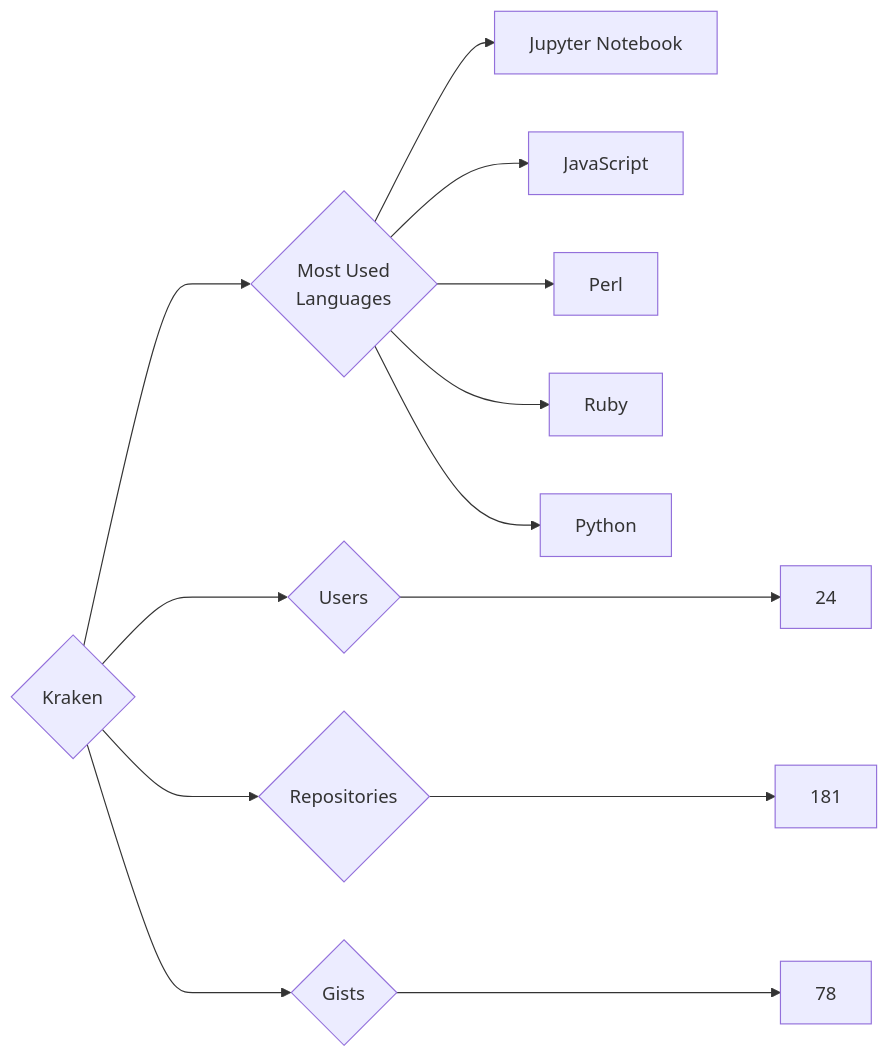
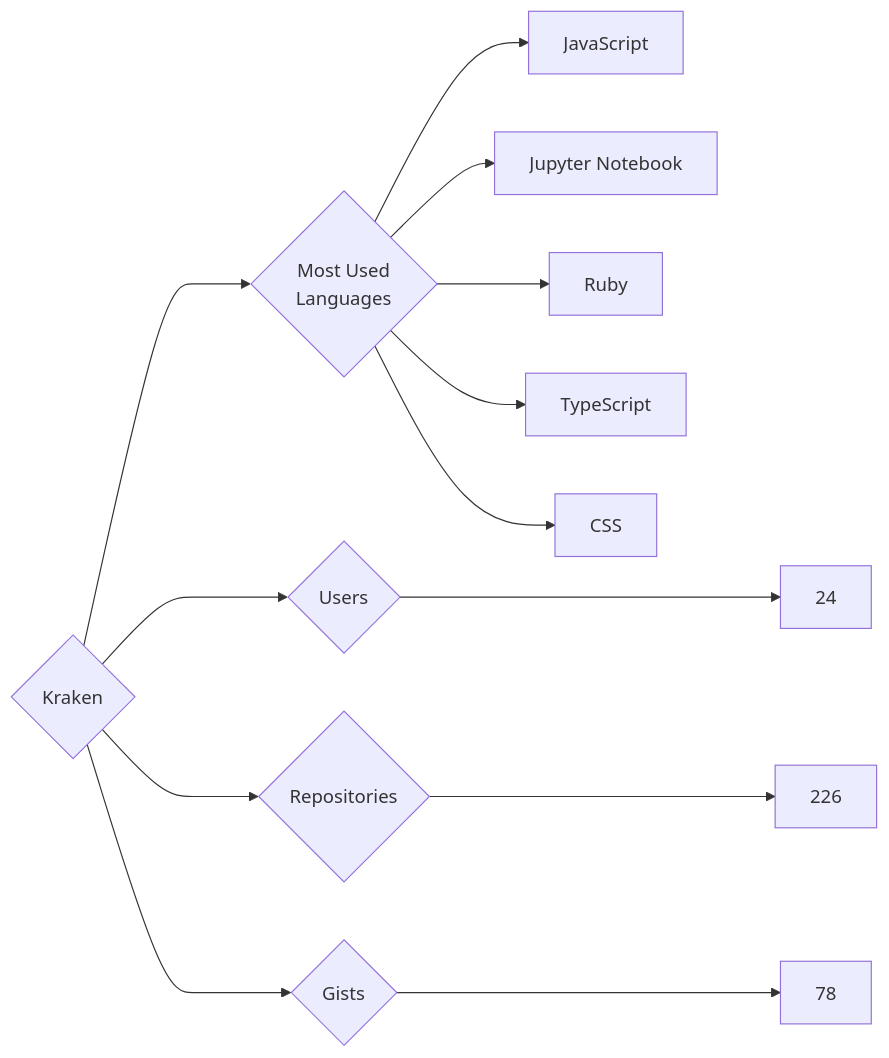
The diagram in targets/Kraken/README.md (trickest/insiders), drawn with Mermaid before and after one commit. The commit also changed 772 other files, not shown here.

````diff
--- a/targets/Kraken/README.md
+++ b/targets/Kraken/README.md
@@ -3,13 +3,13 @@
 ```mermaid
 graph LR
 COMPANY_NAME{Kraken}
 COMPANY_NAME ---> U{Users} ---> UN[24]
-COMPANY_NAME ---> R{Repositories} ---> RN[181]
+COMPANY_NAME ---> R{Repositories} ---> RN[226]
 COMPANY_NAME ---> G{Gists} ---> GN[78]
 COMPANY_NAME ---> ML{Most Used<br>Languages}
+ML --> JavaScript[JavaScript]
 ML --> Jupyter_Notebook[Jupyter Notebook]
-ML --> JavaScript[JavaScript]
-ML --> Perl[Perl]
 ML --> Ruby[Ruby]
-ML --> Python[Python]
+ML --> TypeScript[TypeScript]
+ML --> CSS[CSS]
 ```
````
